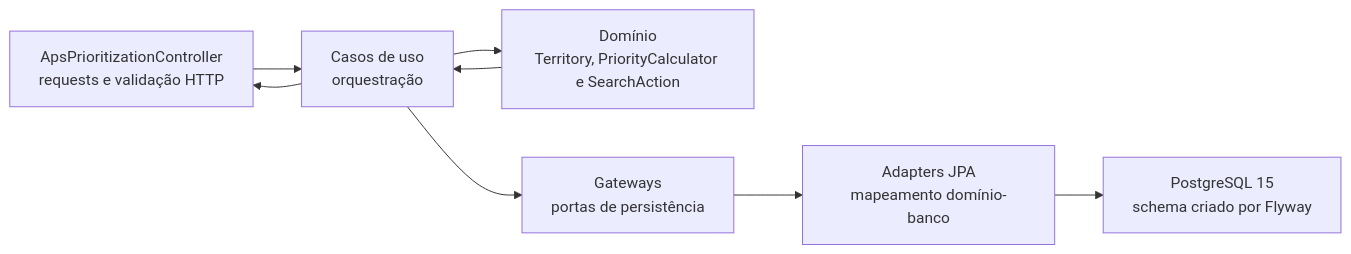
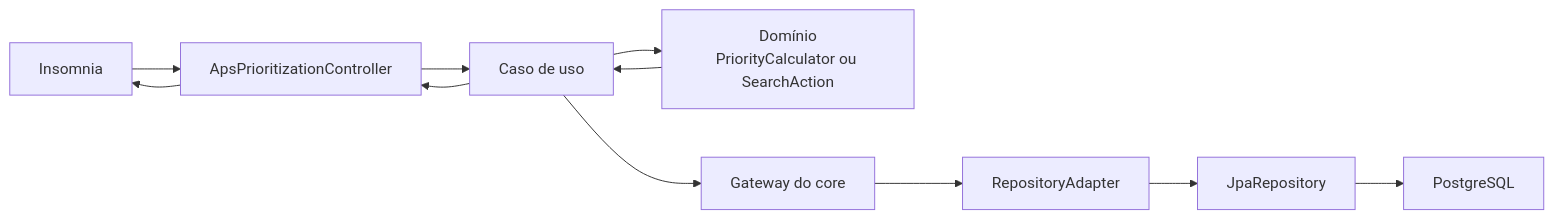
One commit to eps364/tech-challenge-fase-05 changed the diagram in docs/apresentacao/roteiro-video-mvp-tecnico.md. Above: the diagram before and after it, drawn with Mermaid. The commit also changed other lines of this file, not shown here.

````diff
--- a/docs/apresentacao/roteiro-video-mvp-tecnico.md
+++ b/docs/apresentacao/roteiro-video-mvp-tecnico.md
@@ -83,10 +108,13 @@
 ```mermaid
 flowchart LR
-  HTTP["ApsPrioritizationController\nrequests e validação HTTP"] --> UC["Casos de uso\norquestração"]
-  UC --> D["Domínio\nTerritory, PriorityCalculator e SearchAction"]
-  UC --> G["Gateways\nportas de persistência"]
-  G --> A["Adapters JPA\nmapeamento domínio-banco"]
-  A --> DB["PostgreSQL 15\nschema criado por Flyway"]
-  D --> UC
-  UC --> HTTP
+  I["Insomnia"] --> C["ApsPrioritizationController"]
+  C --> U["Caso de uso"]
+  U --> D["Domínio\nPriorityCalculator ou SearchAction"]
+  U --> G["Gateway do core"]
+  G --> A["RepositoryAdapter"]
+  A --> R["JpaRepository"]
+  R --> B["PostgreSQL"]
+  D --> U
+  U --> C
+  C --> I
 ```
````
